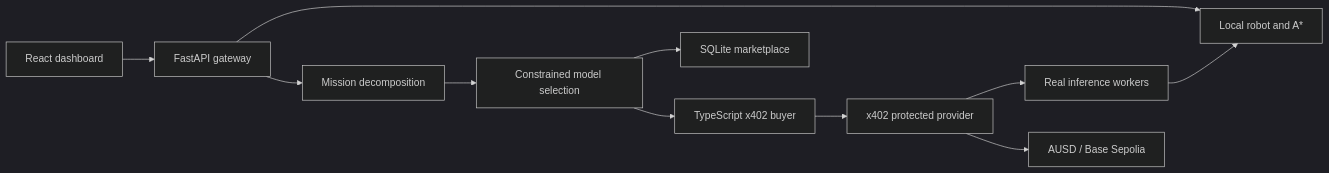
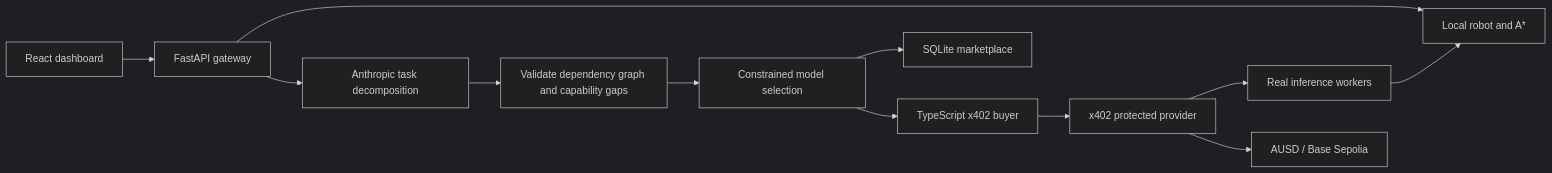
The diagram in docs/architecture.md (ryansgao/bab-hack), drawn with Mermaid (dark theme) before and after one commit. The commit also changed other lines of this file and 8 other files, not shown here.

Commit message:
docs: align task planning setup and integration with Anthropic flow

````diff
--- a/docs/architecture.md
+++ b/docs/architecture.md
@@ -9,13 +10,14 @@
 ```mermaid
 flowchart LR
   UI[React dashboard] --> API[FastAPI gateway]
   API --> SIM[Local robot and A*]
-  API --> PLAN[Mission decomposition]
-  PLAN --> SELECT[Constrained model selection]
+  API --> PLAN[Anthropic task decomposition]
+  PLAN --> VALIDATE[Validate dependency graph and capability gaps]
+  VALIDATE --> SELECT[Constrained model selection]
   SELECT --> REG[SQLite marketplace]
   SELECT --> PAY[TypeScript x402 buyer]
   PAY --> PROVIDER[x402 protected provider]
   PROVIDER --> MODEL[Real inference workers]
   PROVIDER --> CHAIN[AUSD / Base Sepolia]
   MODEL --> SIM
 ```
````
